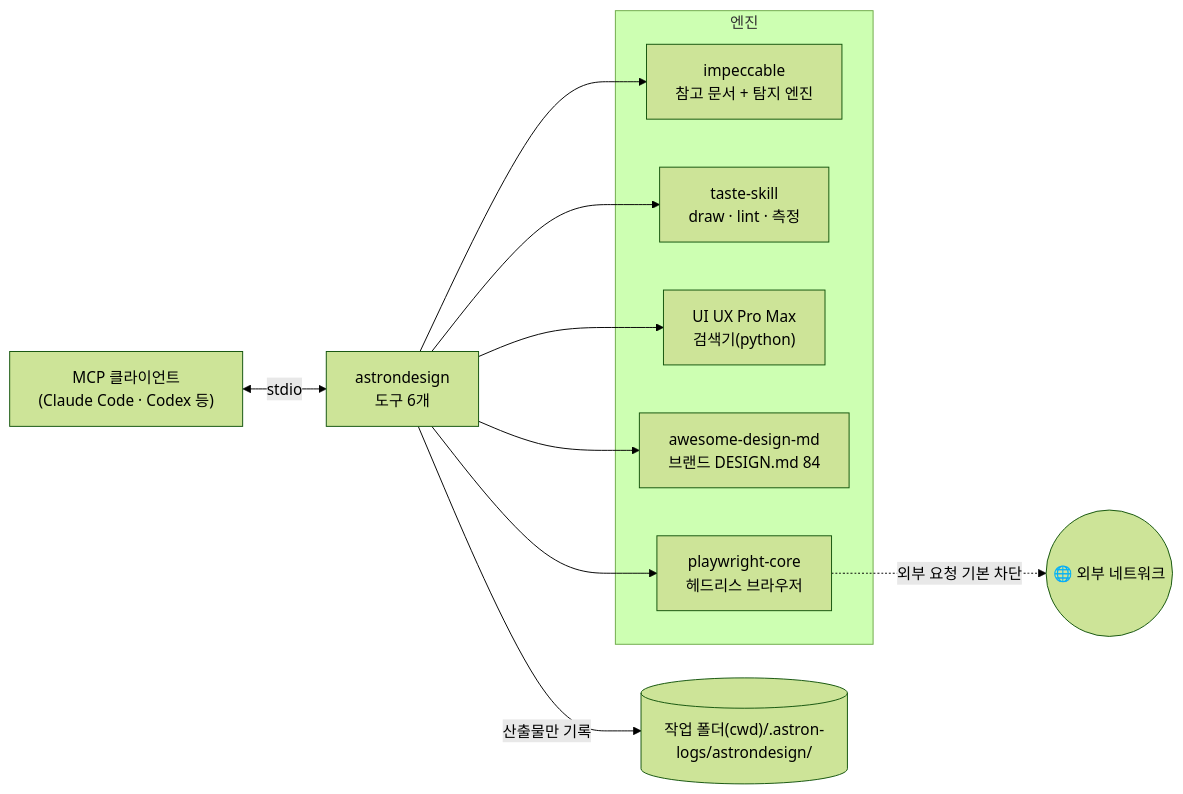
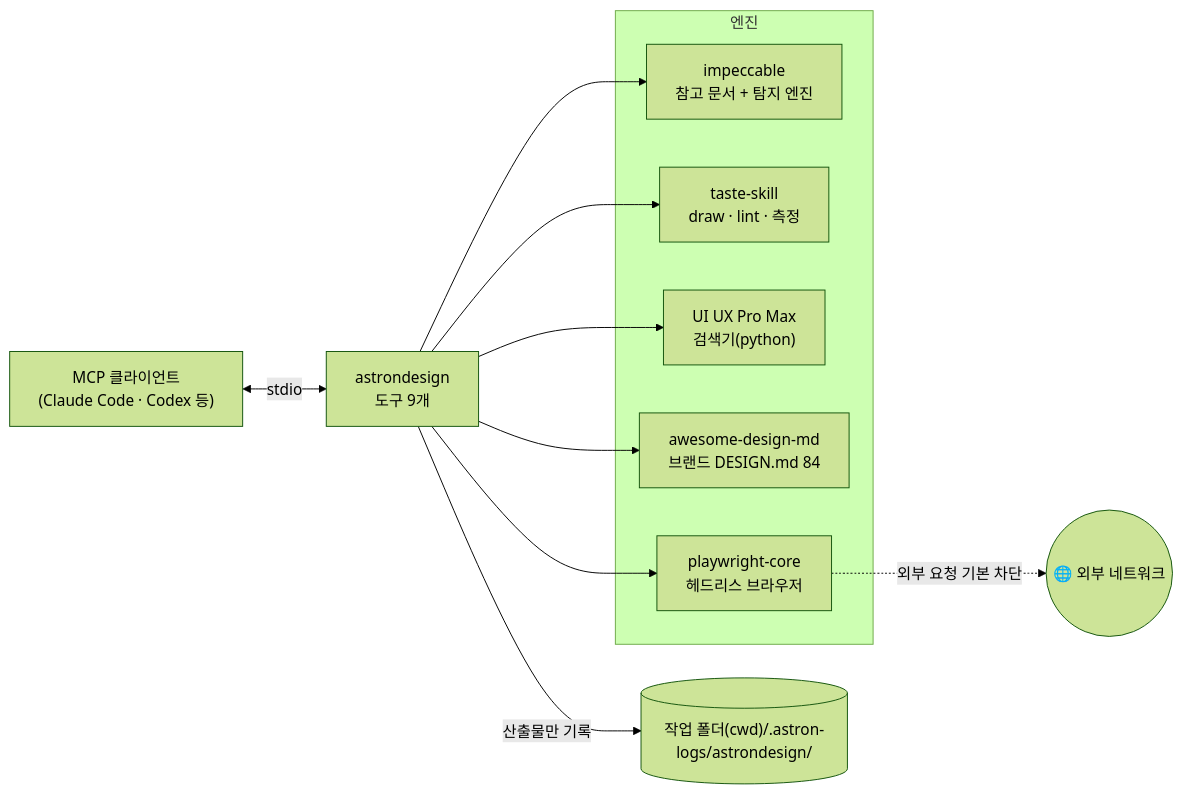
Before and after one commit to EcoKG/AstronDesign: the first of 3 diagrams in README.md, drawn with Mermaid (forest theme). The commit also changed other lines of this file and 7 other files, not shown here.

````diff
--- a/README.md
+++ b/README.md
@@ -33,14 +34,14 @@
 ```mermaid
 flowchart LR
-	C["MCP 클라이언트<br/>(Claude Code · Codex 등)"] <-->|stdio| S["astrondesign<br/>도구 6개"]
+	C["MCP 클라이언트<br/>(Claude Code · Codex 등)"] <-->|stdio| S["astrondesign<br/>도구 9개"]
 	subgraph E["엔진"]
 		I["impeccable<br/>참고 문서 + 탐지 엔진"]
 		T["taste-skill<br/>draw · lint · 측정"]
 		U["UI UX Pro Max<br/>검색기(python)"]
 		A["awesome-design-md<br/>브랜드 DESIGN.md 84"]
 		B["playwright-core<br/>헤드리스 브라우저"]
 	end
 	S --> I & T & U & A & B
 	S -->|산출물만 기록| O[("작업 폴더(cwd)/.astron-logs/astrondesign/")]
 	B -.->|외부 요청 기본 차단| N(("🌐 외부 네트워크"))
 ```
````
